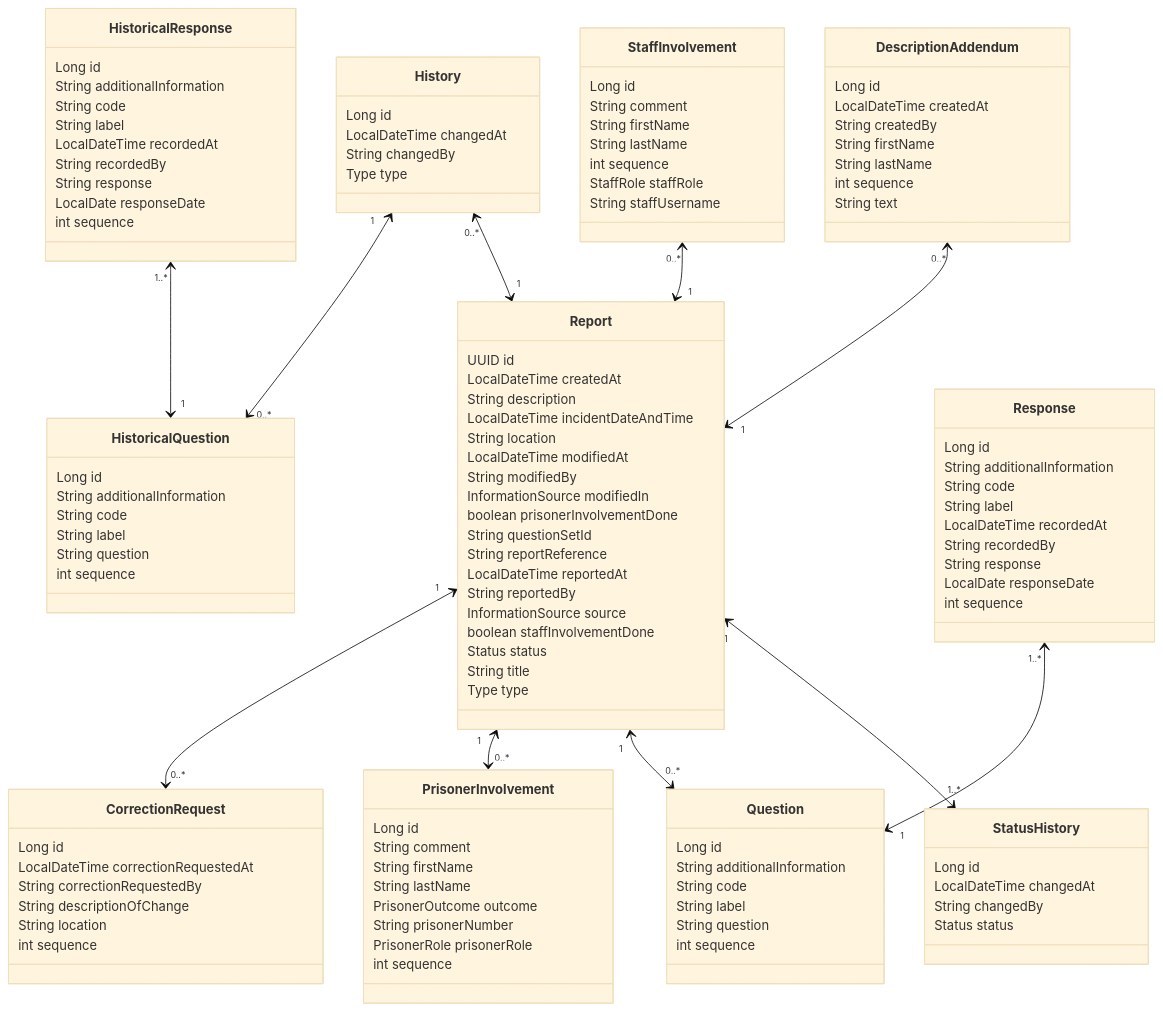
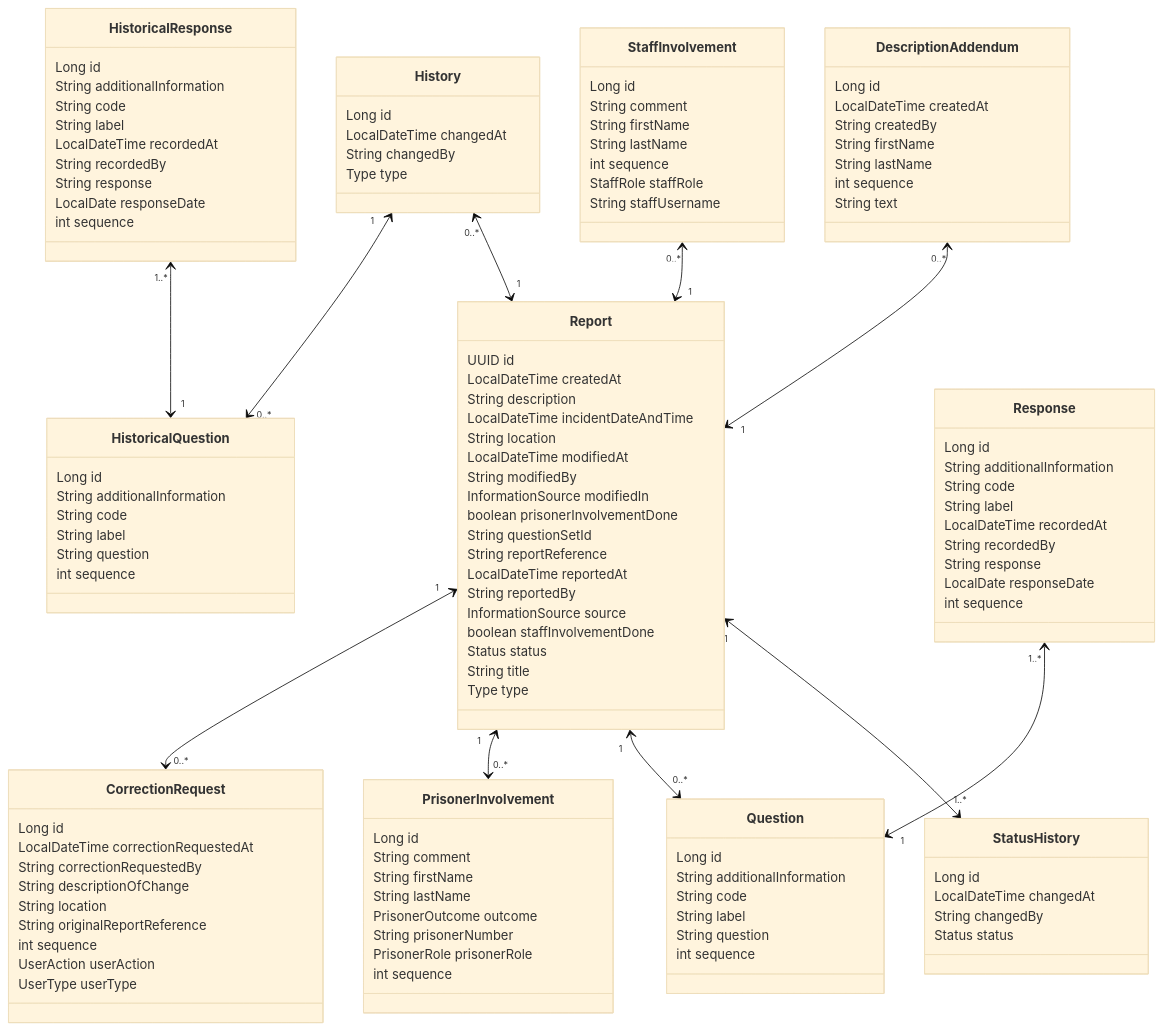
Before and after one commit to ministryofjustice/hmpps-incident-reporting-api: the first of 2 diagrams in docs/0004-modeling-irs.md, drawn with Mermaid (base theme). The commit also changed other lines of this file and 1 other file, not shown here.

```diff
--- a/docs/0004-modeling-irs.md
+++ b/docs/0004-modeling-irs.md
@@ -22,7 +22,10 @@
     String correctionRequestedBy
     String descriptionOfChange
     String location
+    String originalReportReference
     int sequence
+    UserAction userAction
+    UserType userType
   }
   class DescriptionAddendum {
     Long id
```
